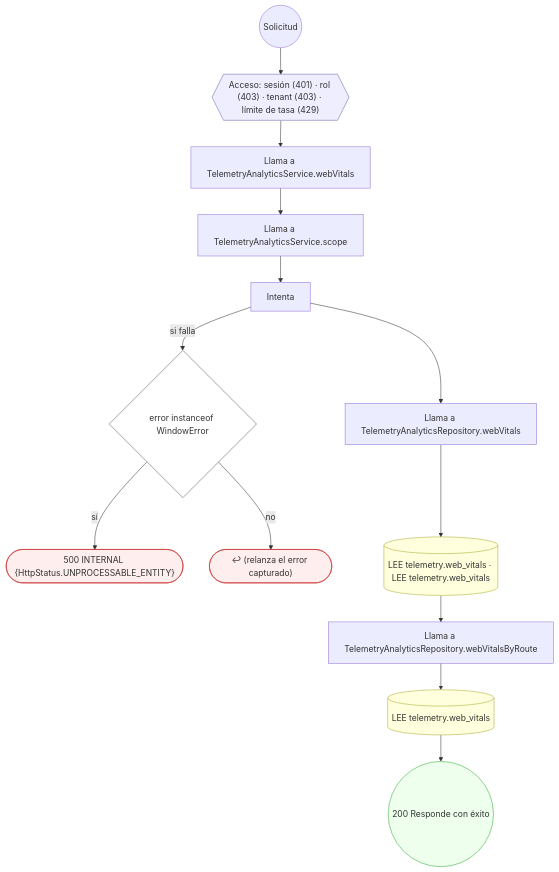
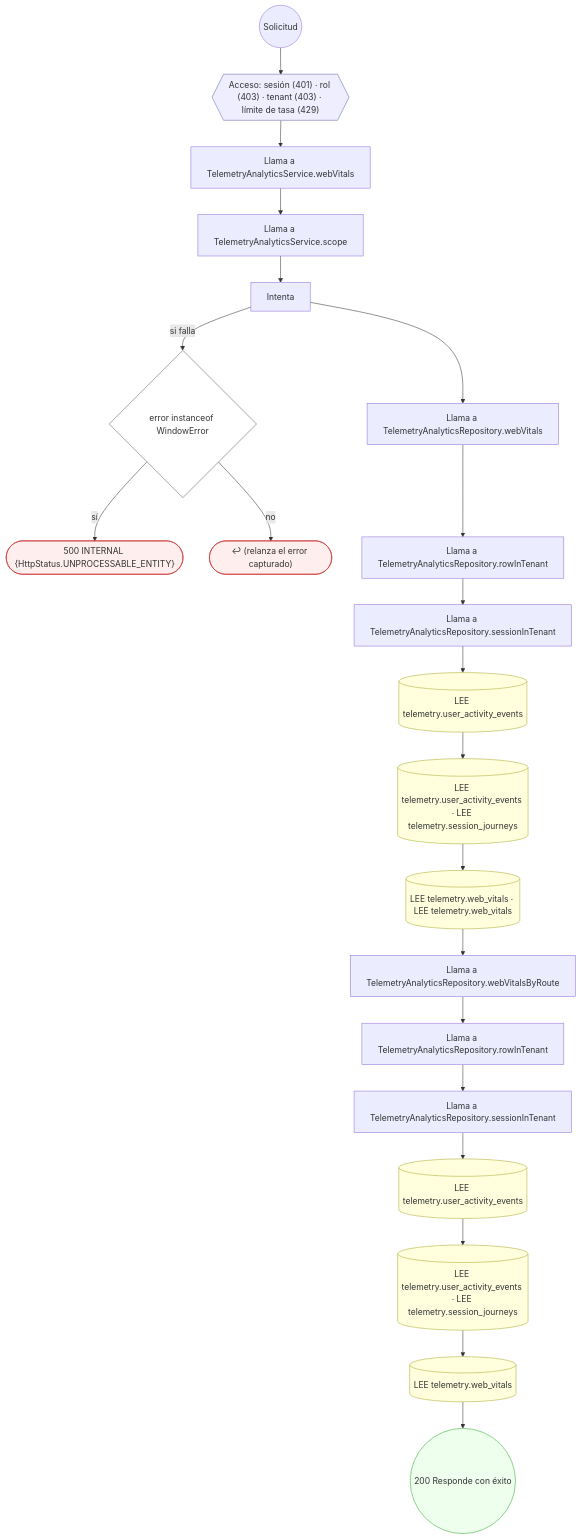
One commit to mdavila-2001/mantra-core-health-api changed the eighth of 20 diagrams in docs/inventario/flujos/telemetry.md. Above: the diagram before and after it, drawn with Mermaid. The commit also changed other lines of this file and 438 other files, not shown here.

````diff
--- a/docs/inventario/flujos/telemetry.md
+++ b/docs/inventario/flujos/telemetry.md
@@ -492,34 +528,50 @@
 ```mermaid
 flowchart TD
   n1(("Solicitud")):::inicio
   n2{{"Acceso: sesión (401) · rol (403) · tenant (403) · límite de tasa (429)"}}:::acceso
   n1 --> n2
   n3["Llama a TelemetryAnalyticsService.webVitals"]:::llamada
   n2 --> n3
   n4["Llama a TelemetryAnalyticsService.scope"]:::llamada
   n3 --> n4
   n5["Intenta"]:::intento
   n4 --> n5
   n6{"error instanceof WindowError"}:::decision
   n5 -->|"si falla"| n6
   n7(["500 INTERNAL {HttpStatus.UNPROCESSABLE_ENTITY}"]):::error
   n6 -->|"sí"| n7
   n8(["↩ (relanza el error capturado)"]):::error
   n6 -->|"no"| n8
   n9["Llama a TelemetryAnalyticsRepository.webVitals"]:::llamada
   n5 --> n9
-  n10[("LEE telemetry.web_vitals · LEE telemetry.web_vitals")]:::efecto
+  n10["Llama a TelemetryAnalyticsRepository.rowInTenant"]:::llamada
   n9 --> n10
-  n11["Llama a TelemetryAnalyticsRepository.webVitalsByRoute"]:::llamada
+  n11["Llama a TelemetryAnalyticsRepository.sessionInTenant"]:::llamada
   n10 --> n11
-  n12[("LEE telemetry.web_vitals")]:::efecto
+  n12[("LEE telemetry.user_activity_events")]:::efecto
   n11 --> n12
-  n13(("200 Responde con éxito")):::ok
+  n13[("LEE telemetry.user_activity_events · LEE telemetry.session_journeys")]:::efecto
   n12 --> n13
+  n14[("LEE telemetry.web_vitals · LEE telemetry.web_vitals")]:::efecto
+  n13 --> n14
+  n15["Llama a TelemetryAnalyticsRepository.webVitalsByRoute"]:::llamada
+  n14 --> n15
+  n16["Llama a TelemetryAnalyticsRepository.rowInTenant"]:::llamada
+  n15 --> n16
+  n17["Llama a TelemetryAnalyticsRepository.sessionInTenant"]:::llamada
+  n16 --> n17
+  n18[("LEE telemetry.user_activity_events")]:::efecto
+  n17 --> n18
+  n19[("LEE telemetry.user_activity_events · LEE telemetry.session_journeys")]:::efecto
+  n18 --> n19
+  n20[("LEE telemetry.web_vitals")]:::efecto
+  n19 --> n20
+  n21(("200 Responde con éxito")):::ok
+  n20 --> n21
   classDef acceso fill:#eef,stroke:#66a
   classDef error fill:#fee,stroke:#c33
   classDef ok fill:#efe,stroke:#3a3
   classDef efecto fill:#ffd,stroke:#aa3
   classDef decision fill:#fff,stroke:#555
   classDef corte fill:#eee,stroke:#999,stroke-dasharray: 4
 ```
````
